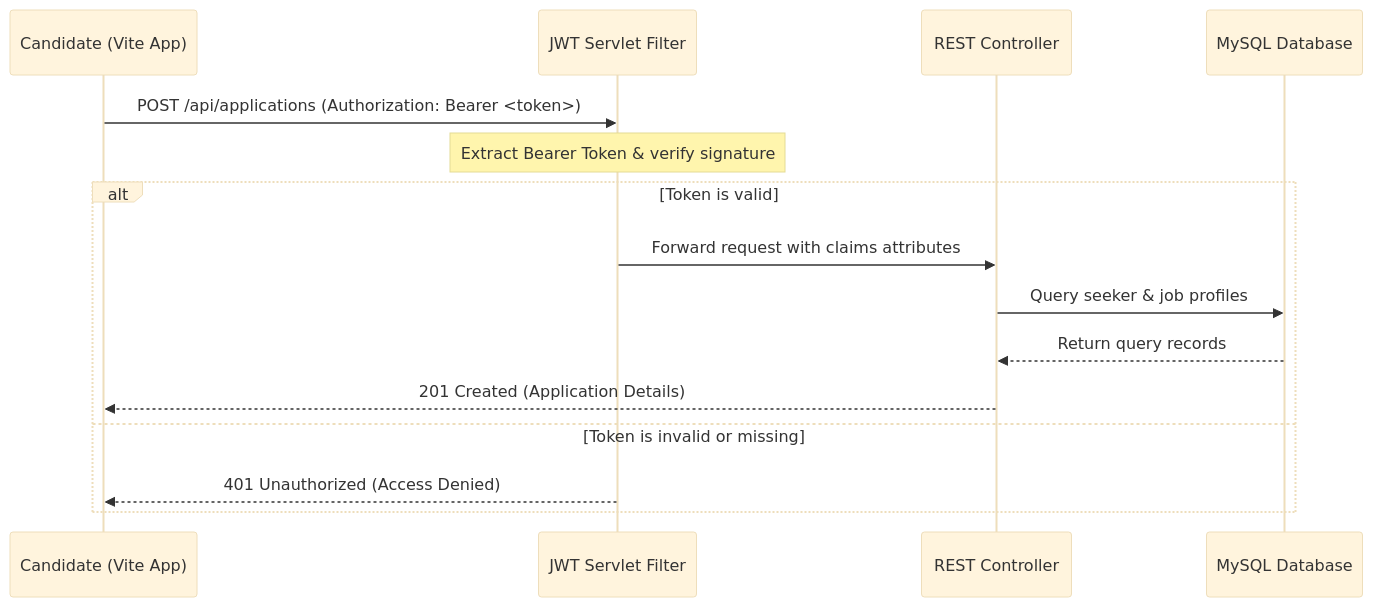
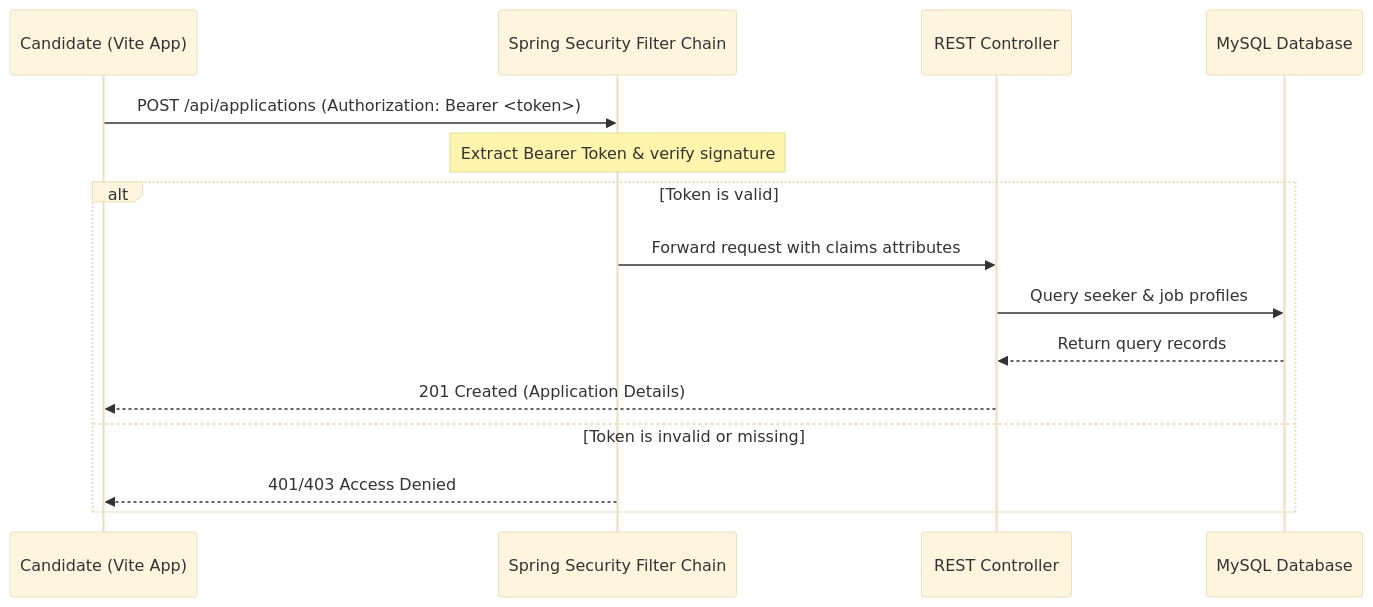
The diagram in README.md (SatyajitRedekar/DevHire), drawn with Mermaid (base theme) before and after one commit. The commit also changed other lines of this file and 9 other files, not shown here.

Commit message:
Refactor backend to integrate Spring Security, BCrypt, and clean unused code

````diff
--- a/README.md
+++ b/README.md
@@ -30,18 +30,18 @@
 ```mermaid
 sequenceDiagram
     participant Seeker as Candidate (Vite App)
-    participant Filter as JWT Servlet Filter
+    participant Filter as Spring Security Filter Chain
     participant Controller as REST Controller
     participant DB as MySQL Database
 
     Seeker->>Filter: POST /api/applications (Authorization: Bearer <token>)
     Note over Filter: Extract Bearer Token & verify signature
     alt Token is valid
         Filter->>Controller: Forward request with claims attributes
         Controller->>DB: Query seeker & job profiles
         DB-->>Controller: Return query records
         Controller-->>Seeker: 201 Created (Application Details)
     else Token is invalid or missing
-        Filter-->>Seeker: 401 Unauthorized (Access Denied)
+        Filter-->>Seeker: 401/403 Access Denied
     end
 ```
````
